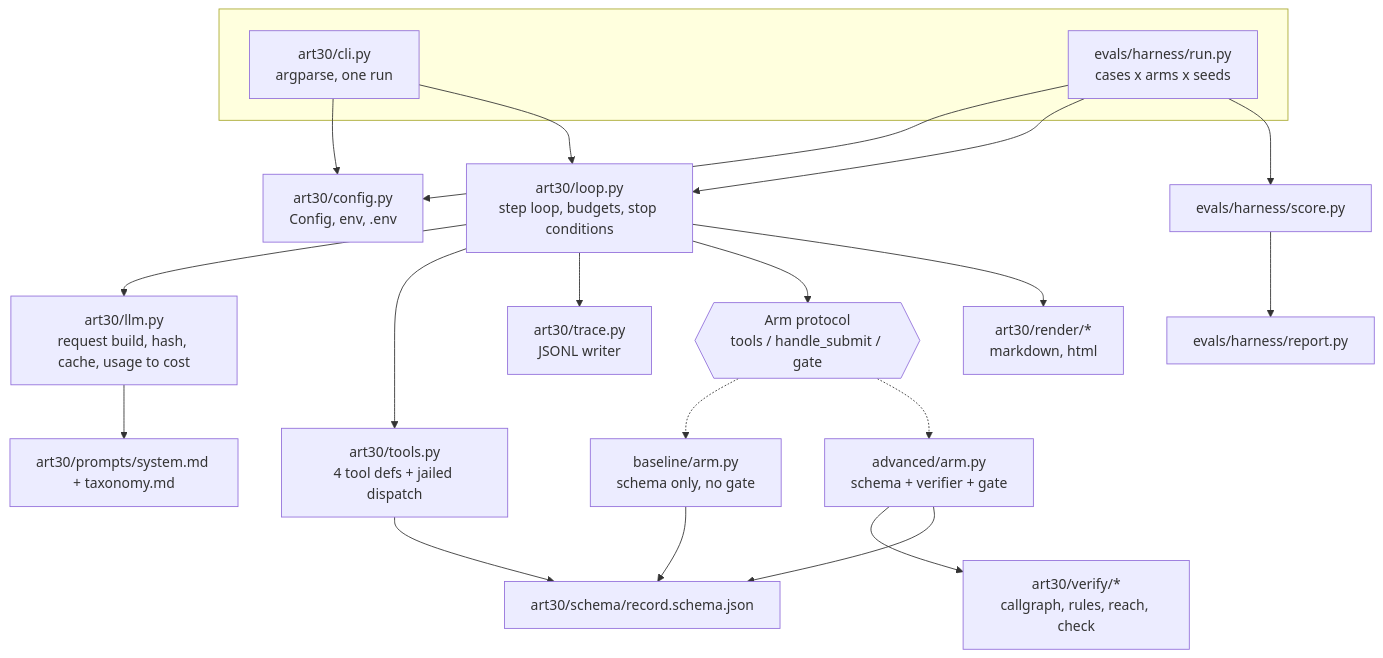
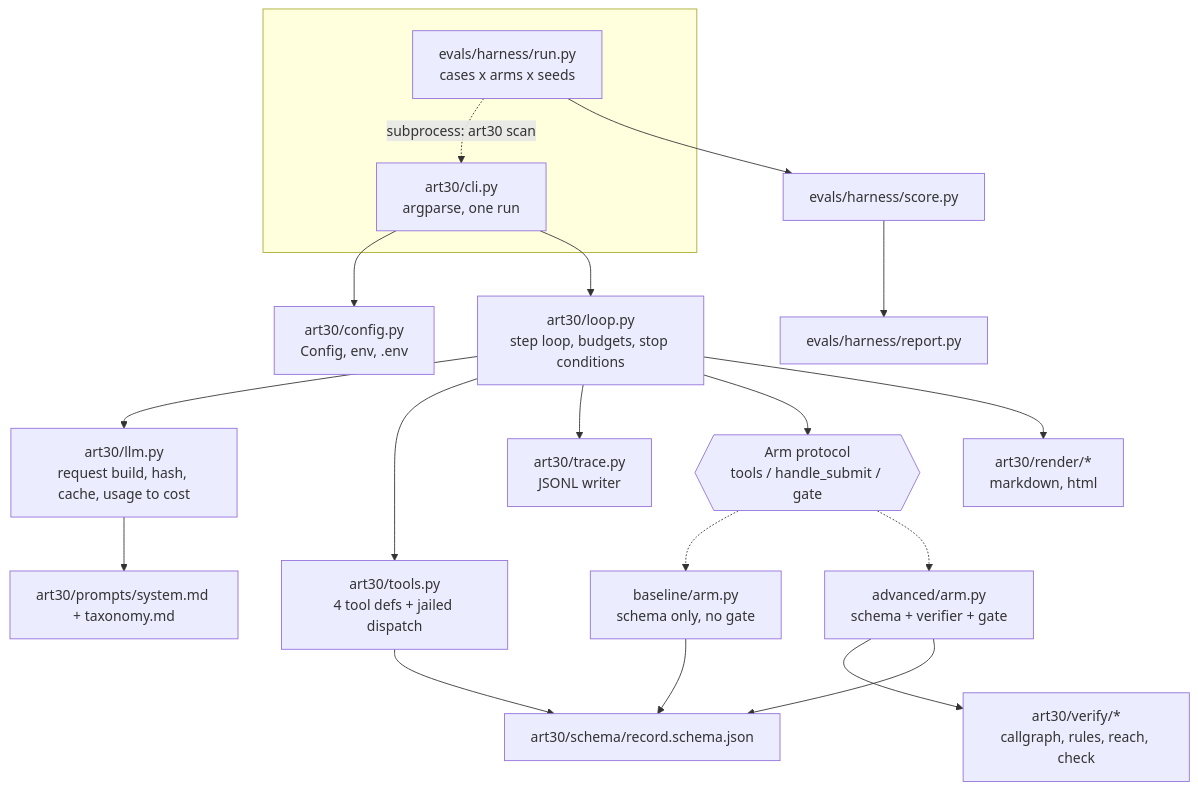
One commit to SM1LE21/micro1-hackathon changed the diagram in docs/spec/01-architecture.md. Above: the diagram before and after it, drawn with Mermaid. The commit also changed other lines of this file, not shown here.

First line of the commit message:
docs(spec): 01-architecture.md — reconciled after the completeness critique

````diff
--- a/docs/spec/01-architecture.md
+++ b/docs/spec/01-architecture.md
@@ -11,39 +11,38 @@
 ```mermaid
 flowchart TD
   subgraph entry[" "]
     CLI["art30/cli.py<br/>argparse, one run"]
     HRUN["evals/harness/run.py<br/>cases x arms x seeds"]
   end
   CFG["art30/config.py<br/>Config, env, .env"]
   LOOP["art30/loop.py<br/>step loop, budgets, stop conditions"]
   LLM["art30/llm.py<br/>request build, hash, cache, usage to cost"]
   TOOLS["art30/tools.py<br/>4 tool defs + jailed dispatch"]
   TRACE["art30/trace.py<br/>JSONL writer"]
   ARM{{"Arm protocol<br/>tools / handle_submit / gate"}}
   BASE["baseline/arm.py<br/>schema only, no gate"]
   ADV["advanced/arm.py<br/>schema + verifier + gate"]
   VER["art30/verify/*<br/>callgraph, rules, reach, check"]
   REN["art30/render/*<br/>markdown, html"]
   SCH["art30/schema/record.schema.json"]
   PR["art30/prompts/system.md + taxonomy.md"]
   SCORE["evals/harness/score.py"]
   REP["evals/harness/report.py"]
 
+  HRUN -. "subprocess: art30 scan" .-> CLI
   CLI --> CFG
-  HRUN --> CFG
   CLI --> LOOP
-  HRUN --> LOOP
   LOOP --> LLM
   LOOP --> TOOLS
   LOOP --> TRACE
   LOOP --> ARM
   LOOP --> REN
   ARM -.-> BASE
   ARM -.-> ADV
   ADV --> VER
   BASE --> SCH
   ADV --> SCH
   TOOLS --> SCH
   LLM --> PR
   HRUN --> SCORE --> REP
 ```
````
